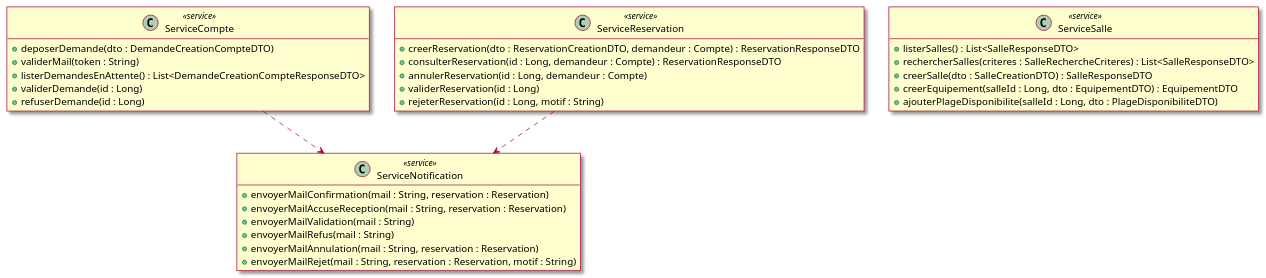
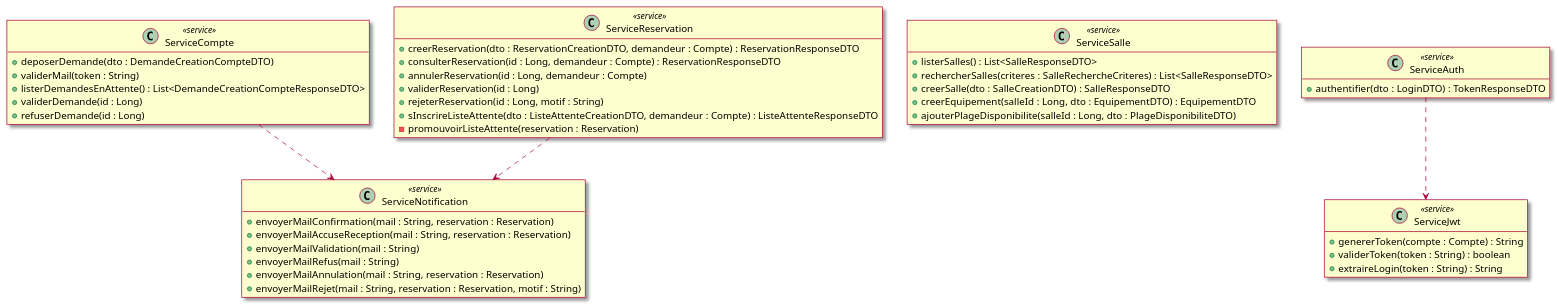
Diagram 35 of 36 in docs/03-Conception.md (mrajaonson/glg204-room-management-system), drawn with PlantUML before and after one commit. The commit also changed other lines of this file and 5 other files, not shown here.

````diff
--- a/docs/03-Conception.md
+++ b/docs/03-Conception.md
@@ -1434,42 +1672,55 @@
 ```plantuml
 @startuml
 skin rose
 hide empty members
 
 class ServiceCompte <<service>> {
   + deposerDemande(dto : DemandeCreationCompteDTO)
   + validerMail(token : String)
   + listerDemandesEnAttente() : List<DemandeCreationCompteResponseDTO>
   + validerDemande(id : Long)
   + refuserDemande(id : Long)
 }
 
 class ServiceSalle <<service>> {
   + listerSalles() : List<SalleResponseDTO>
   + rechercherSalles(criteres : SalleRechercheCriteres) : List<SalleResponseDTO>
   + creerSalle(dto : SalleCreationDTO) : SalleResponseDTO
   + creerEquipement(salleId : Long, dto : EquipementDTO) : EquipementDTO
   + ajouterPlageDisponibilite(salleId : Long, dto : PlageDisponibiliteDTO)
 }
 
 class ServiceReservation <<service>> {
   + creerReservation(dto : ReservationCreationDTO, demandeur : Compte) : ReservationResponseDTO
   + consulterReservation(id : Long, demandeur : Compte) : ReservationResponseDTO
   + annulerReservation(id : Long, demandeur : Compte)
   + validerReservation(id : Long)
   + rejeterReservation(id : Long, motif : String)
+  + sInscrireListeAttente(dto : ListeAttenteCreationDTO, demandeur : Compte) : ListeAttenteResponseDTO
+  - promouvoirListeAttente(reservation : Reservation)
 }
 
 class ServiceNotification <<service>> {
   + envoyerMailConfirmation(mail : String, reservation : Reservation)
   + envoyerMailAccuseReception(mail : String, reservation : Reservation)
   + envoyerMailValidation(mail : String)
   + envoyerMailRefus(mail : String)
   + envoyerMailAnnulation(mail : String, reservation : Reservation)
   + envoyerMailRejet(mail : String, reservation : Reservation, motif : String)
 }
 
+class ServiceAuth <<service>> {
+  + authentifier(dto : LoginDTO) : TokenResponseDTO
+}
+
+class ServiceJwt <<service>> {
+  + genererToken(compte : Compte) : String
+  + validerToken(token : String) : boolean
+  + extraireLogin(token : String) : String
+}
+
 ServiceCompte ..> ServiceNotification
 ServiceReservation ..> ServiceNotification
+ServiceAuth ..> ServiceJwt
 @enduml
 ```
````
